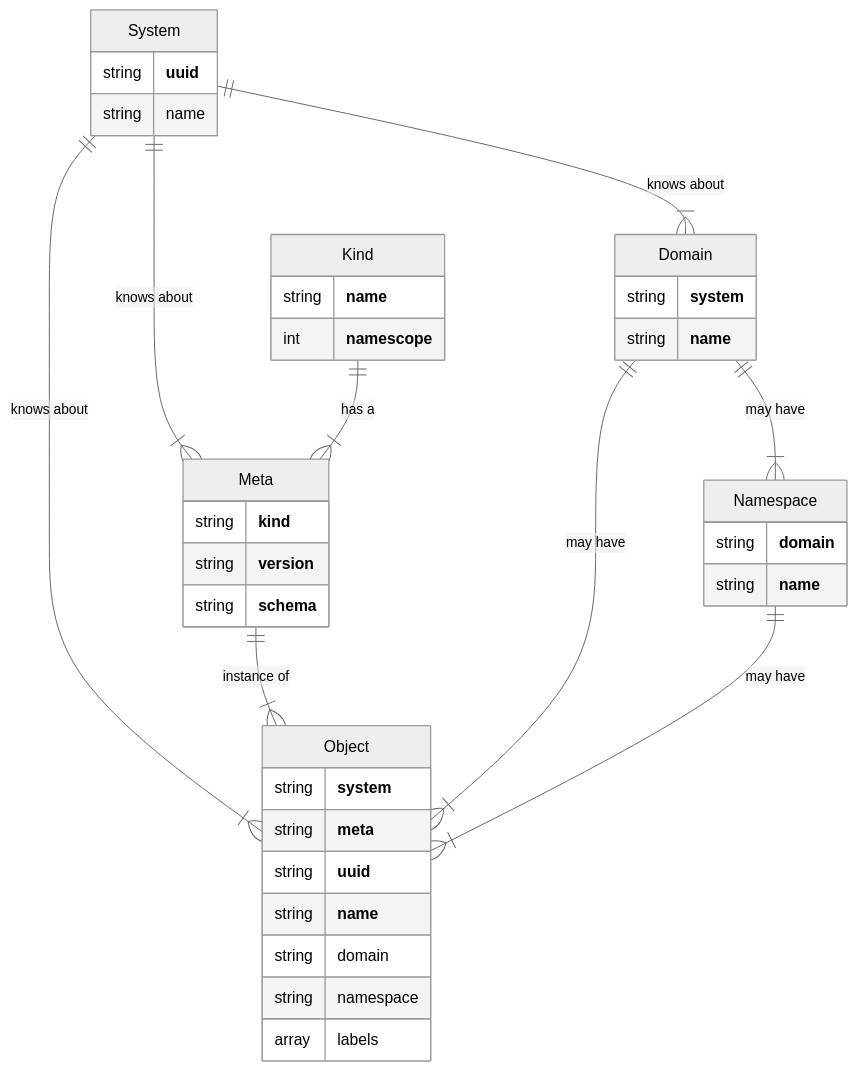
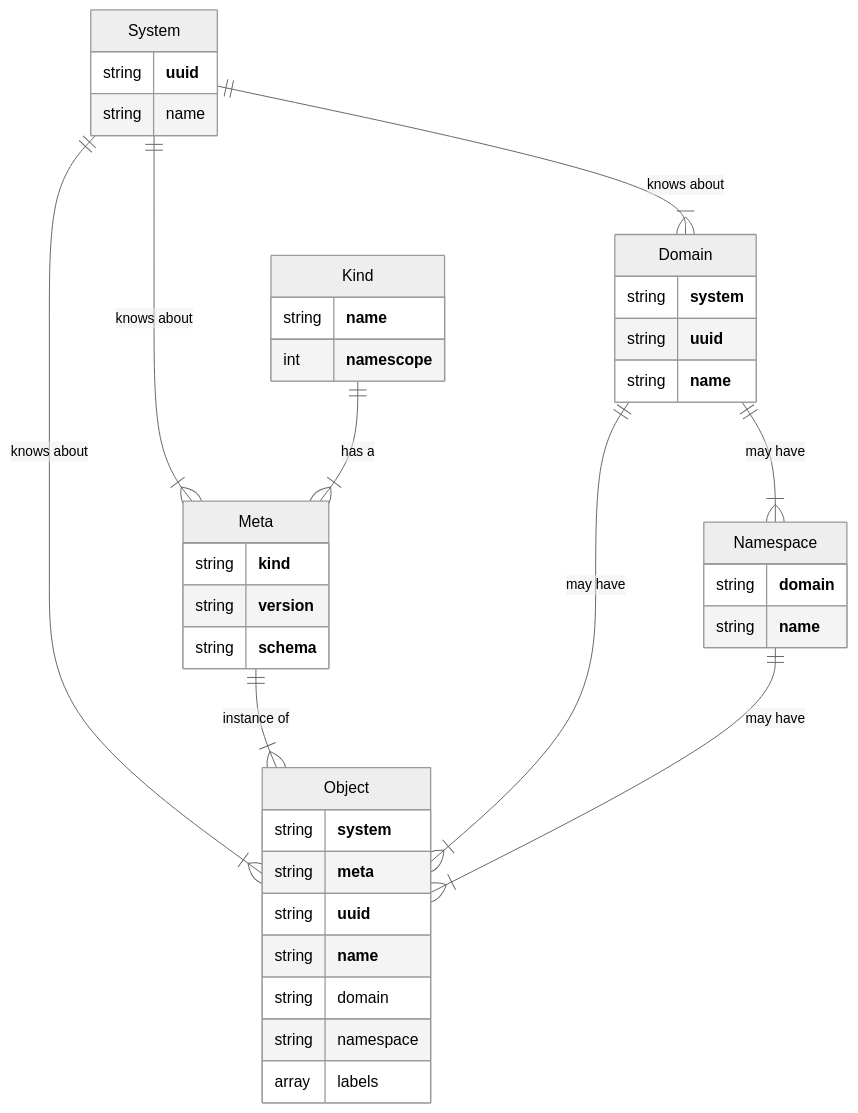
One commit to relexec/rxp changed the third of 3 diagrams in docs/taxonomy.md. Above: the diagram before and after it, drawn with Mermaid (neutral theme). The commit also changed other lines of this file and 8 other files, not shown here.

````diff
--- a/docs/taxonomy.md
+++ b/docs/taxonomy.md
@@ -73,41 +73,42 @@
 ```mermaid
 erDiagram
     System ||--|{ Meta : "knows about"
     System ||--|{ Domain : "knows about"
     System ||--|{ Object : "knows about"
     Kind ||--|{ Meta : "has a"
     Meta ||--|{ Object : "instance of"
     Domain ||--|{ Namespace : "may have"
     Domain ||--|{ Object : "may have"
     Namespace ||--|{ Object : "may have"
     System {
         string **uuid**
         string name
     }
     Kind {
         string **name**
         int **namescope**
     }
     Meta{
         string **kind**
         string **version**
         string **schema**
     }
     Domain{
         string **system**
+        string **uuid**
         string **name**
     }
     Namespace{
         string **domain**
         string **name**
     }
     Object{
         string **system**
         string **meta**
         string **uuid**
         string **name**
         string domain
         string namespace
         array labels
     }
 ```
````
